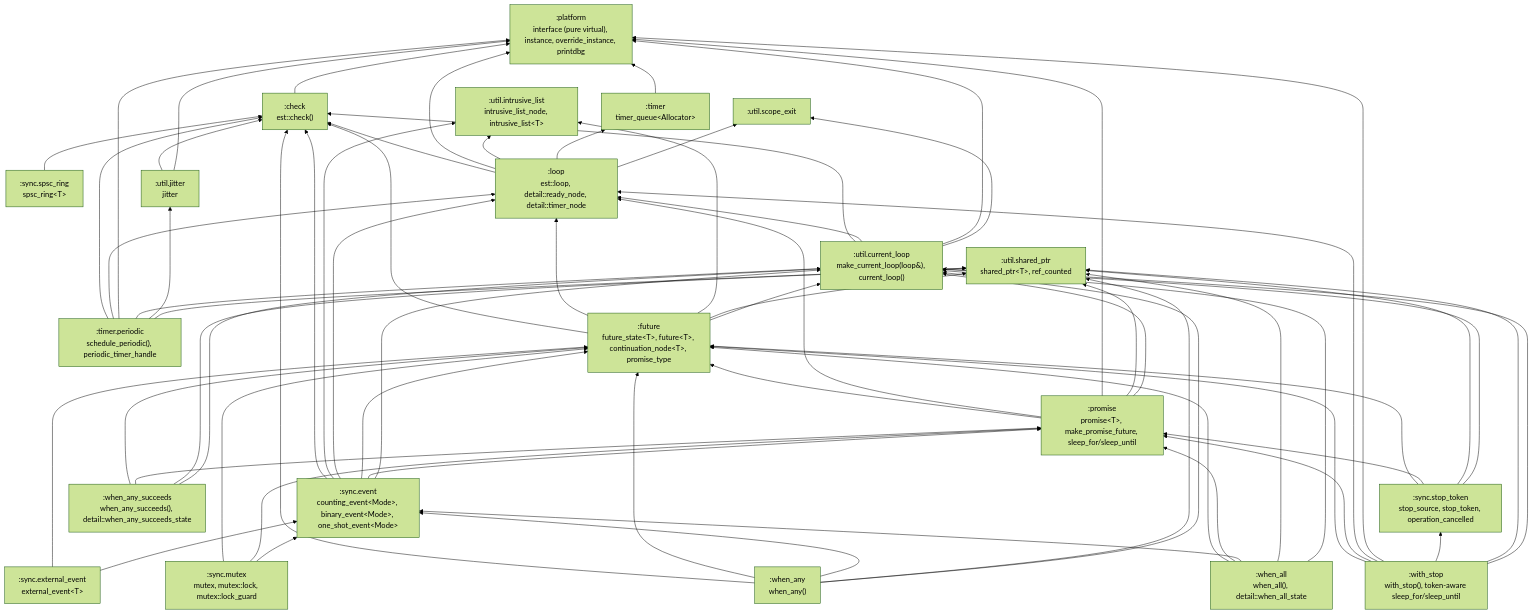
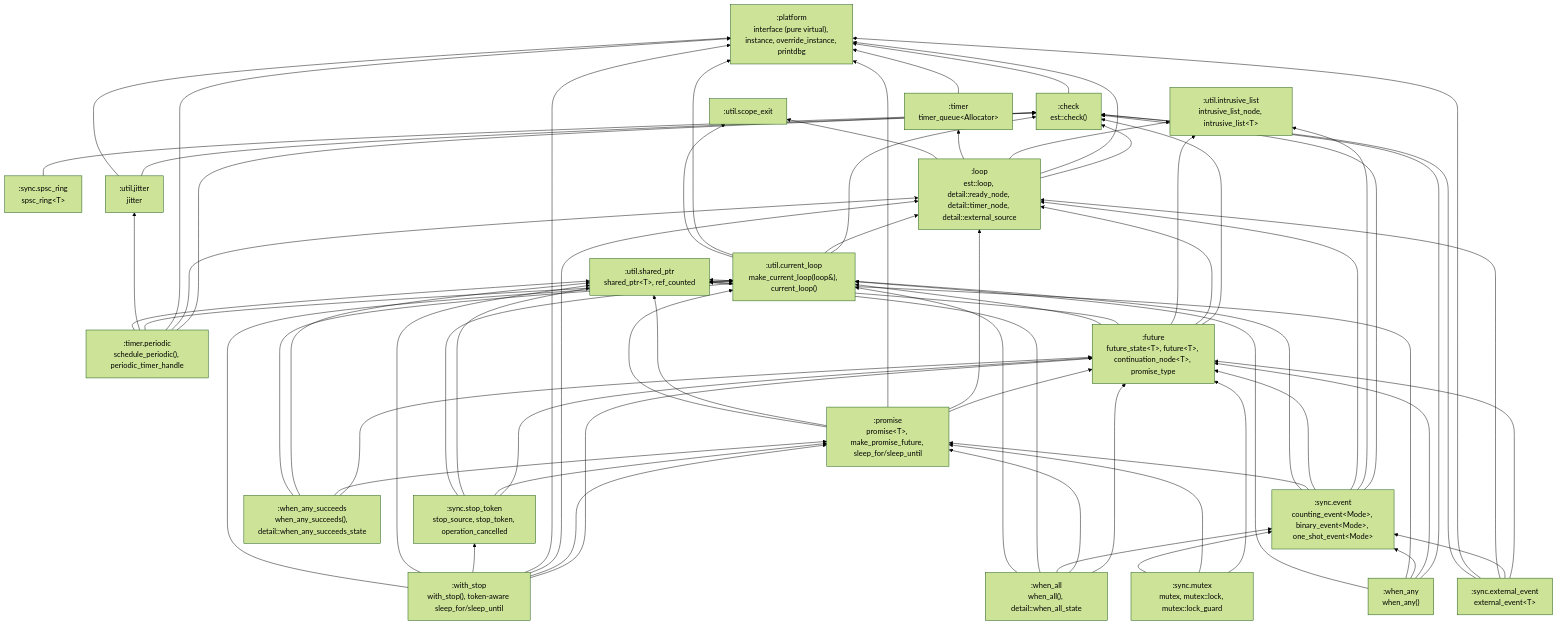
One commit to andijcr/async_experiments changed the first of 2 diagrams in docs/wiki/Architecture.md. Above: the diagram before and after it, drawn with Mermaid (forest theme). The commit also changed other lines of this file and 28 other files, not shown here.

First line of the commit message:
loop: ISR-safe external event registration + wake() (issue #125)

```diff
--- a/docs/wiki/Architecture.md
+++ b/docs/wiki/Architecture.md
@@ -19,7 +19,7 @@
   spsc_ring[":sync.spsc_ring<br/>spsc_ring&lt;T&gt;"]
   mutex[":sync.mutex<br/>mutex, mutex::lock, mutex::lock_guard"]
   timer[":timer<br/>timer_queue&lt;Allocator&gt;"]
-  loop[":loop<br/>est::loop, detail::ready_node, detail::timer_node"]
+  loop[":loop<br/>est::loop, detail::ready_node, detail::timer_node, detail::external_source"]
   current_loop[":util.current_loop<br/>make_current_loop(loop&amp;), current_loop()"]
   jitter[":util.jitter<br/>jitter"]
   timer_periodic[":timer.periodic<br/>schedule_periodic(), periodic_timer_handle"]
@@ -40,6 +40,9 @@
   event --> current_loop
   external_event --> future
   external_event --> event
+  external_event --> loop
+  external_event --> platform
+  external_event --> check
   spsc_ring --> check
   mutex --> future
   mutex --> promise
```
